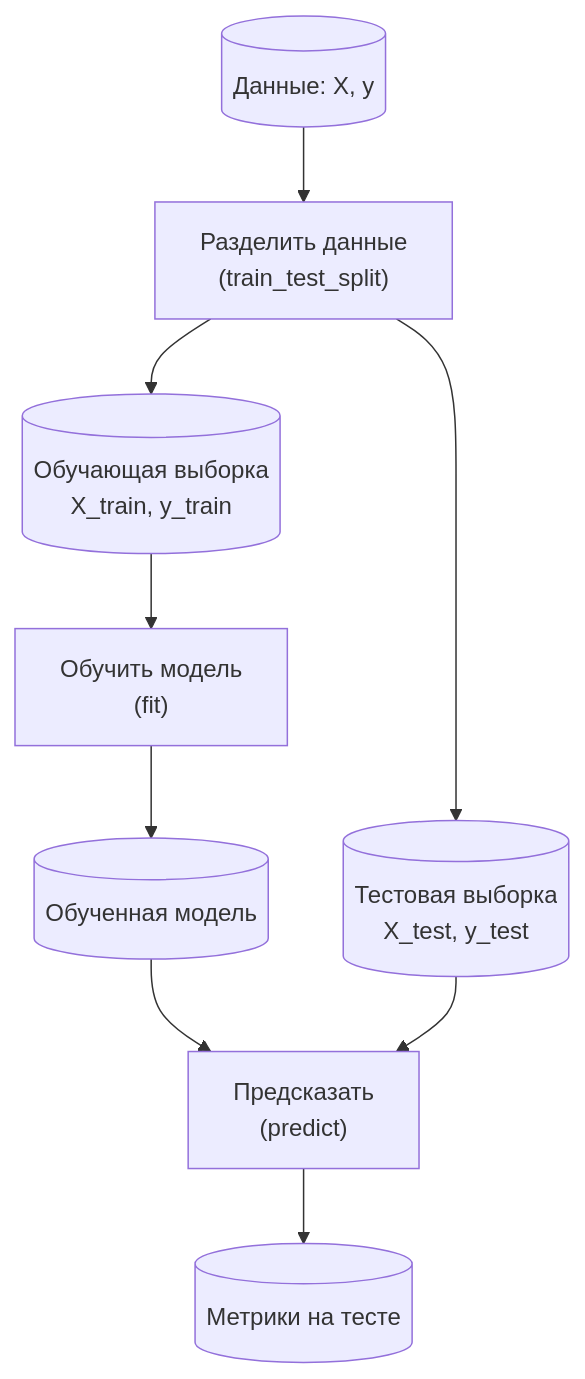
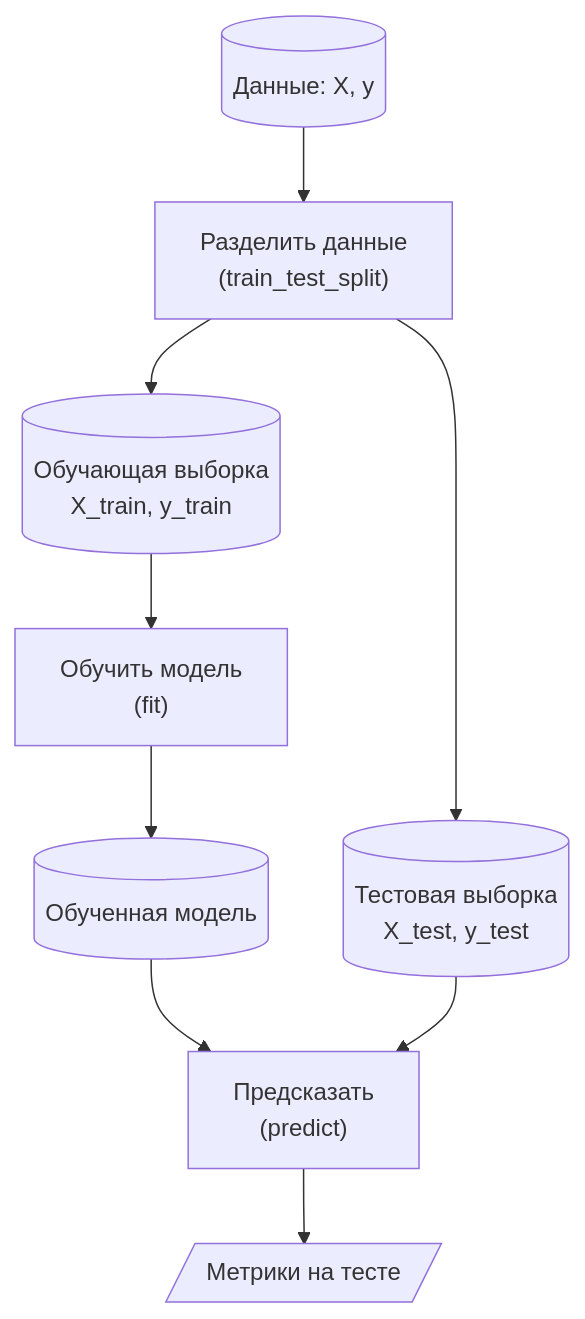
The diagram in sklearn.md (ivtipm/ML), drawn with Mermaid before and after one commit. The commit also changed other lines of this file, not shown here.

````diff
--- a/sklearn.md
+++ b/sklearn.md
@@ -145,11 +147,11 @@
 ```mermaid
 flowchart TD
     data[("Данные: X, y")] --> split["Разделить данные<br/>(train_test_split)"]
     split --> train[("Обучающая выборка<br/>X_train, y_train")]
     split --> test[("Тестовая выборка<br/>X_test, y_test")]
     train --> fit["Обучить модель<br/>(fit)"]
     fit --> model[("Обученная модель")]
     model --> predict["Предсказать<br/>(predict)"]
     test --> predict
-    predict --> metrics[("Метрики на тесте")]
+    predict --> metrics[/"Метрики на тесте"/]
 ```
````
